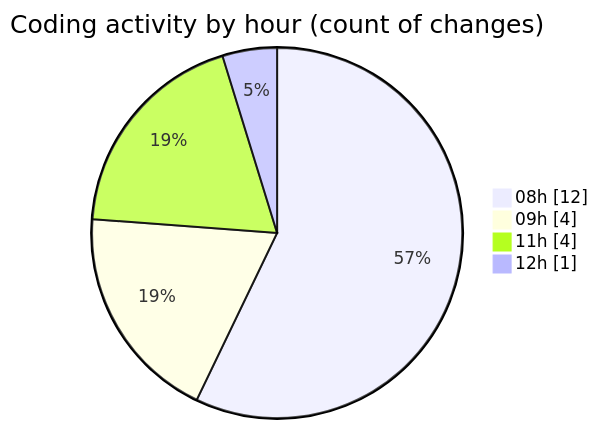
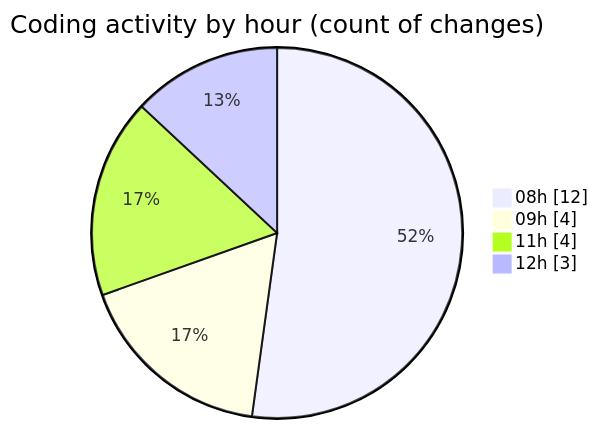
Before and after one commit to ricardozamudiocil/code-tracking: the second of 2 diagrams in 2026-02-26/cilapp/README.md, drawn with Mermaid. The commit also changed other lines of this file and 1 other file, not shown here.

````diff
--- a/2026-02-26/cilapp/README.md
+++ b/2026-02-26/cilapp/README.md
@@ -33,8 +33,8 @@
 ```mermaid
 pie showData
 title Coding activity by hour (count of changes)
 "08h" : 12
 "09h" : 4
 "11h" : 4
-"12h" : 1
+"12h" : 3
 ```
````
